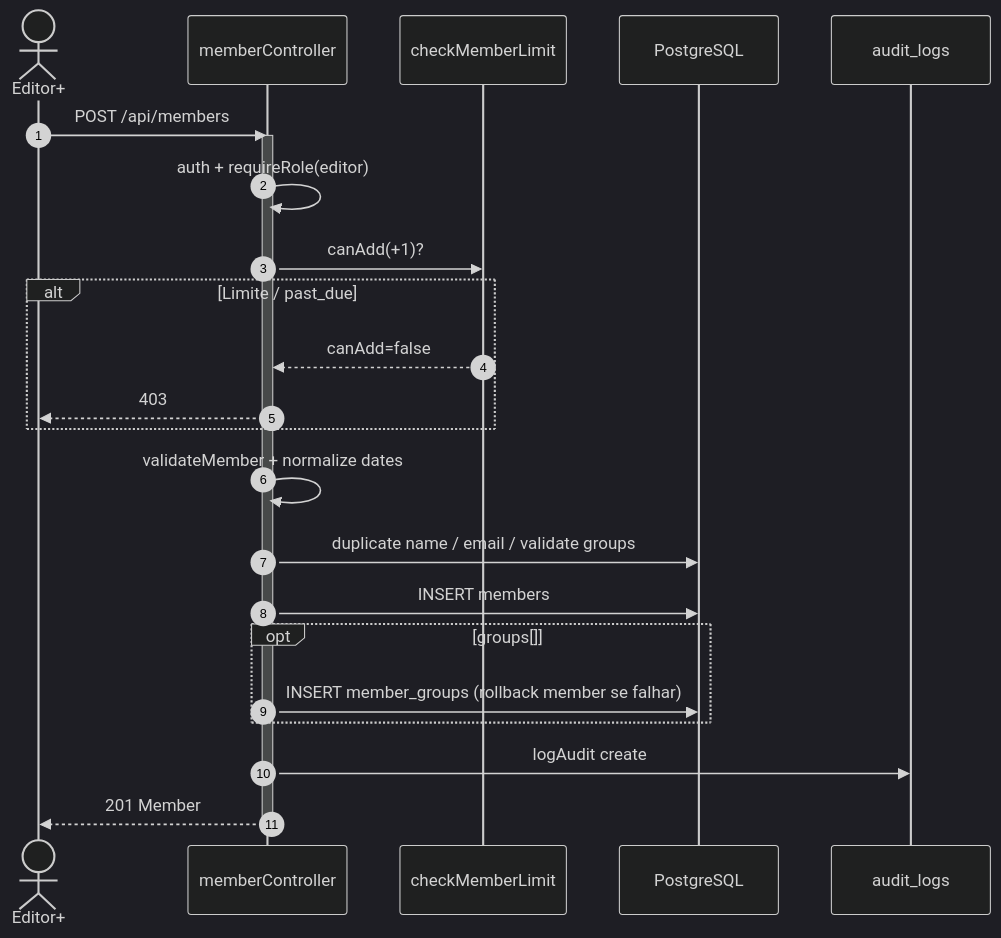
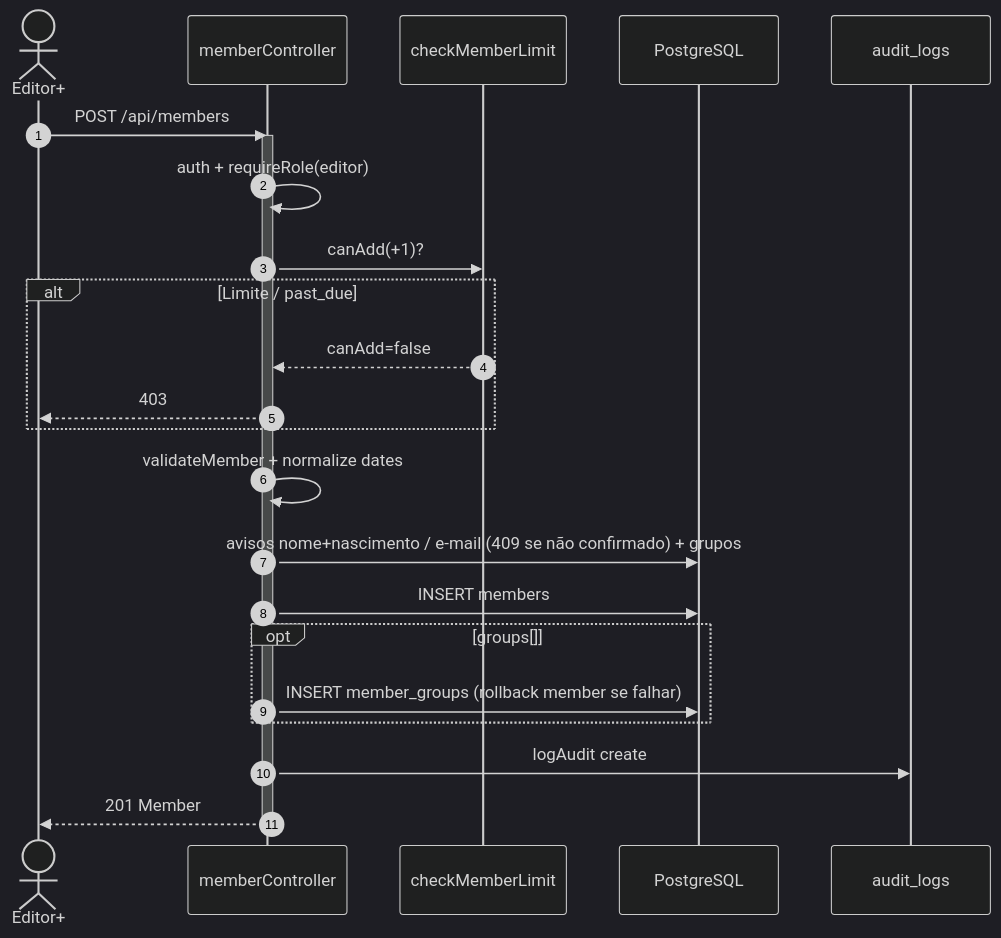
One commit to vinic-asouza/flock changed the first of 7 diagrams in docs/04_modulos/membros.md. Above: the diagram before and after it, drawn with Mermaid (dark theme). The commit also changed other lines of this file and 2 other files, not shown here.

First line of the commit message:
docs(membros): record contact, consent and duplicate warnings

````diff
--- a/docs/04_modulos/membros.md
+++ b/docs/04_modulos/membros.md
@@ -324,27 +328,27 @@
 ```mermaid
 sequenceDiagram
   autonumber
   actor U as Editor+
   participant API as memberController
   participant LIM as checkMemberLimit
   participant DB as PostgreSQL
   participant AUD as audit_logs
 
   U->>API: POST /api/members
   activate API
   API->>API: auth + requireRole(editor)
   API->>LIM: canAdd(+1)?
   alt Limite / past_due
     LIM-->>API: canAdd=false
     API-->>U: 403
   end
   API->>API: validateMember + normalize dates
-  API->>DB: duplicate name / email / validate groups
+  API->>DB: avisos nome+nascimento / e-mail (409 se não confirmado) + grupos
   API->>DB: INSERT members
   opt groups[]
     API->>DB: INSERT member_groups (rollback member se falhar)
   end
   API->>AUD: logAudit create
   API-->>U: 201 Member
   deactivate API
 ```
````
